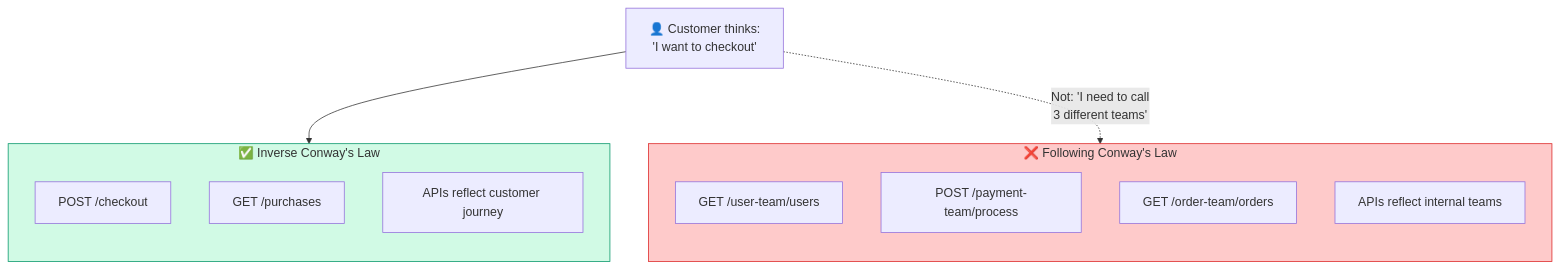
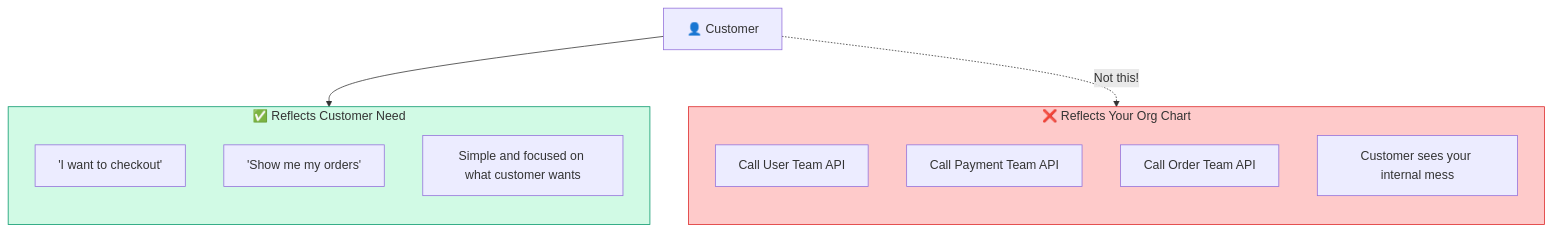
Before and after one commit to rilov/handbook: the fifth of 16 diagrams in _topics/scaling-api-design-architecture-part-2.md, drawn with Mermaid. The commit also changed other lines of this file, not shown here.

```diff
--- a/_topics/scaling-api-design-architecture-part-2.md
+++ b/_topics/scaling-api-design-architecture-part-2.md
@@ -171,23 +204,23 @@
 <div class="mermaid">
 flowchart TD
-    subgraph conway["❌ Following Conway's Law"]
+    subgraph bad["❌ Reflects Your Org Chart"]
         direction TB
-        C1["GET /user-team/users"]
-        C2["POST /payment-team/process"]
-        C3["GET /order-team/orders"]
-        Note1["APIs reflect internal teams"]
+        C1["Call User Team API"]
+        C2["Call Payment Team API"]
+        C3["Call Order Team API"]
+        Note1["Customer sees your internal mess"]
     end
     
-    subgraph inverse["✅ Inverse Conway's Law"]
+    subgraph good["✅ Reflects Customer Need"]
         direction TB
-        I1["POST /checkout"]
-        I2["GET /purchases"]
-        Note2["APIs reflect customer journey"]
+        I1["'I want to checkout'"]
+        I2["'Show me my orders'"]
+        Note2["Simple and focused on what customer wants"]
     end
     
-    Customer["👤 Customer thinks:<br/>'I want to checkout'"] --> inverse
-    Customer -.->|"Not: 'I need to call<br/>3 different teams'"| conway
+    Customer["👤 Customer"] --> good
+    Customer -.->|"Not this!"| bad
     
-    style conway fill:#fecaca,stroke:#dc2626
-    style inverse fill:#d1fae5,stroke:#059669
+    style bad fill:#fecaca,stroke:#dc2626
+    style good fill:#d1fae5,stroke:#059669
 </div>
```
